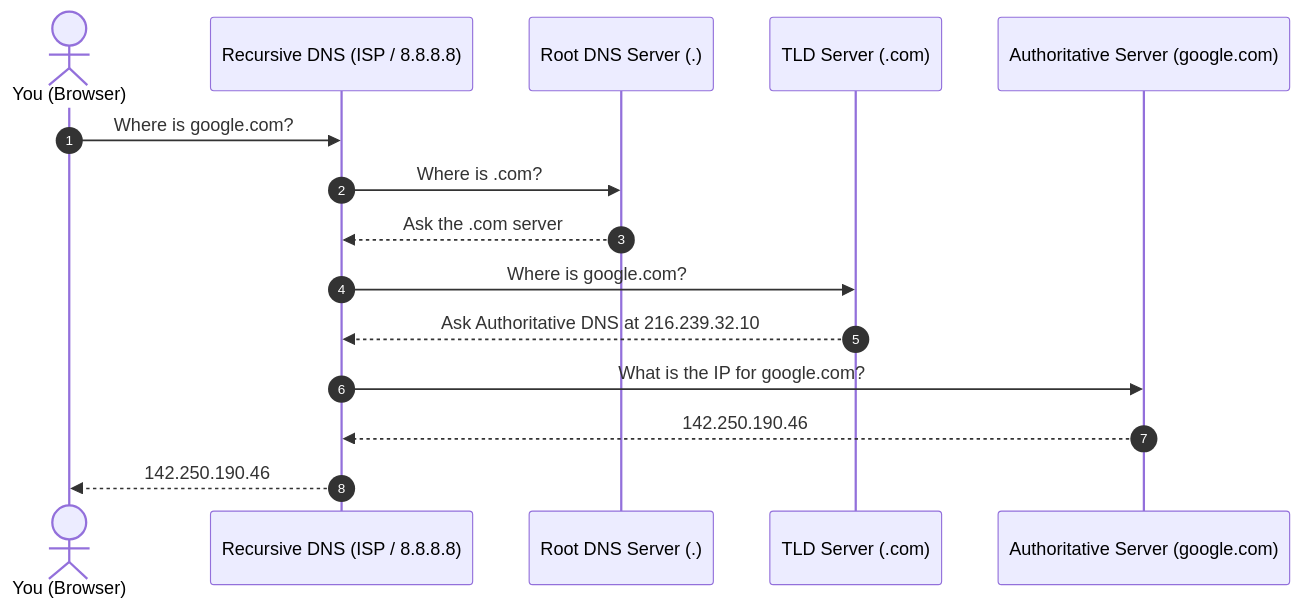
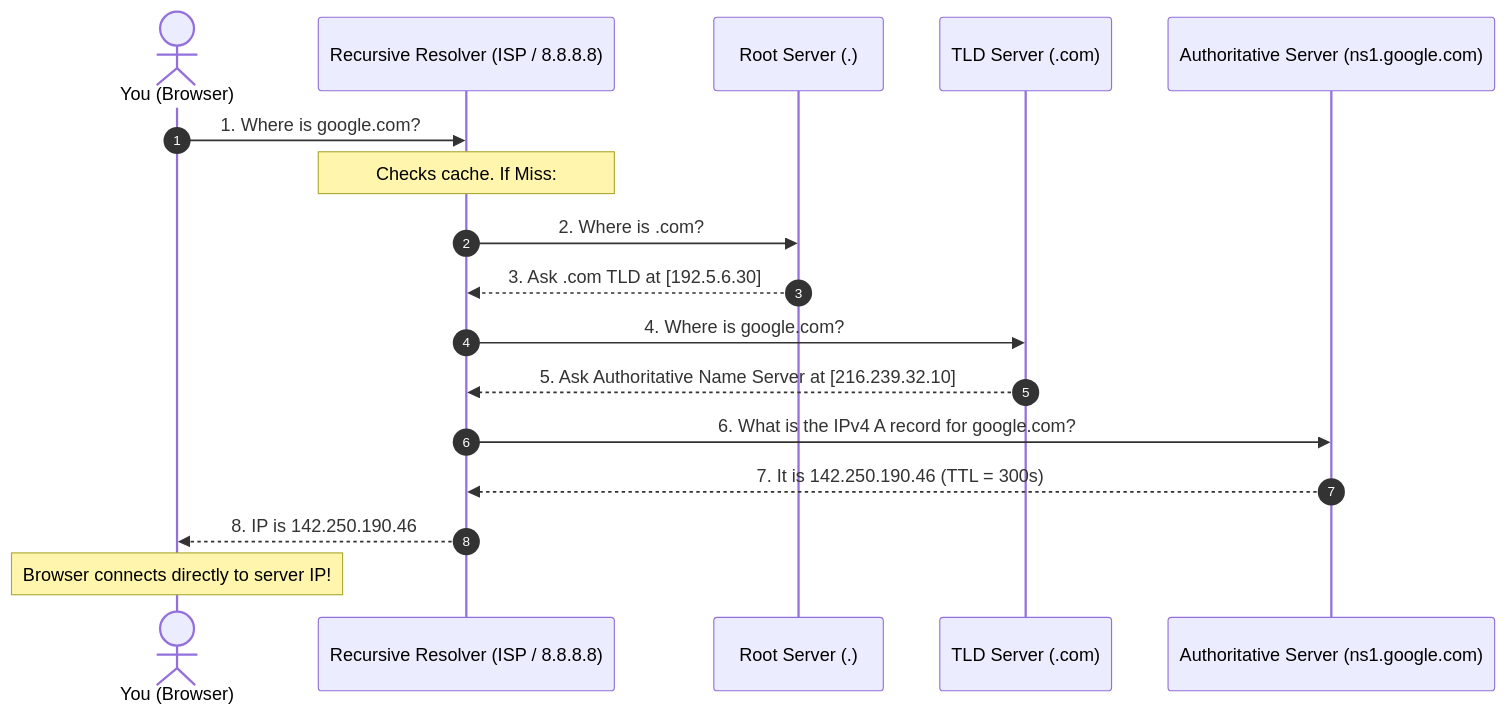
The seventh of 22 diagrams in README.md (Sujalkathait/high-level-design), drawn with Mermaid before and after one commit. The commit also changed other lines of this file, not shown here.

Commit message:
docs: complete Stage 1 (Phase 1 & Phase 2) with 31 topics, diagrams & simple English

````diff
--- a/README.md
+++ b/README.md
@@ -147,18 +231,20 @@
 ```mermaid
 sequenceDiagram
     autonumber
-    actor User as You (Browser)
-    participant Resolver as Recursive DNS (ISP / 8.8.8.8)
-    participant Root as Root DNS Server (.)
+    actor Browser as You (Browser)
+    participant Resolver as Recursive Resolver (ISP / 8.8.8.8)
+    participant Root as Root Server (.)
     participant TLD as TLD Server (.com)
-    participant Auth as Authoritative Server (google.com)
+    participant Auth as Authoritative Server (ns1.google.com)
 
-    User->>Resolver: Where is google.com?
-    Resolver->>Root: Where is .com?
-    Root-->>Resolver: Ask the .com server
-    Resolver->>TLD: Where is google.com?
-    TLD-->>Resolver: Ask Authoritative DNS at 216.239.32.10
-    Resolver->>Auth: What is the IP for google.com?
-    Auth-->>Resolver: 142.250.190.46
-    Resolver-->>User: 142.250.190.46
+    Browser->>Resolver: 1. Where is google.com?
+    Note over Resolver: Checks cache. If Miss:
+    Resolver->>Root: 2. Where is .com?
+    Root-->>Resolver: 3. Ask .com TLD at [192.5.6.30]
+    Resolver->>TLD: 4. Where is google.com?
+    TLD-->>Resolver: 5. Ask Authoritative Name Server at [216.239.32.10]
+    Resolver->>Auth: 6. What is the IPv4 A record for google.com?
+    Auth-->>Resolver: 7. It is 142.250.190.46 (TTL = 300s)
+    Resolver-->>Browser: 8. IP is 142.250.190.46
+    Note over Browser: Browser connects directly to server IP!
 ```
````
